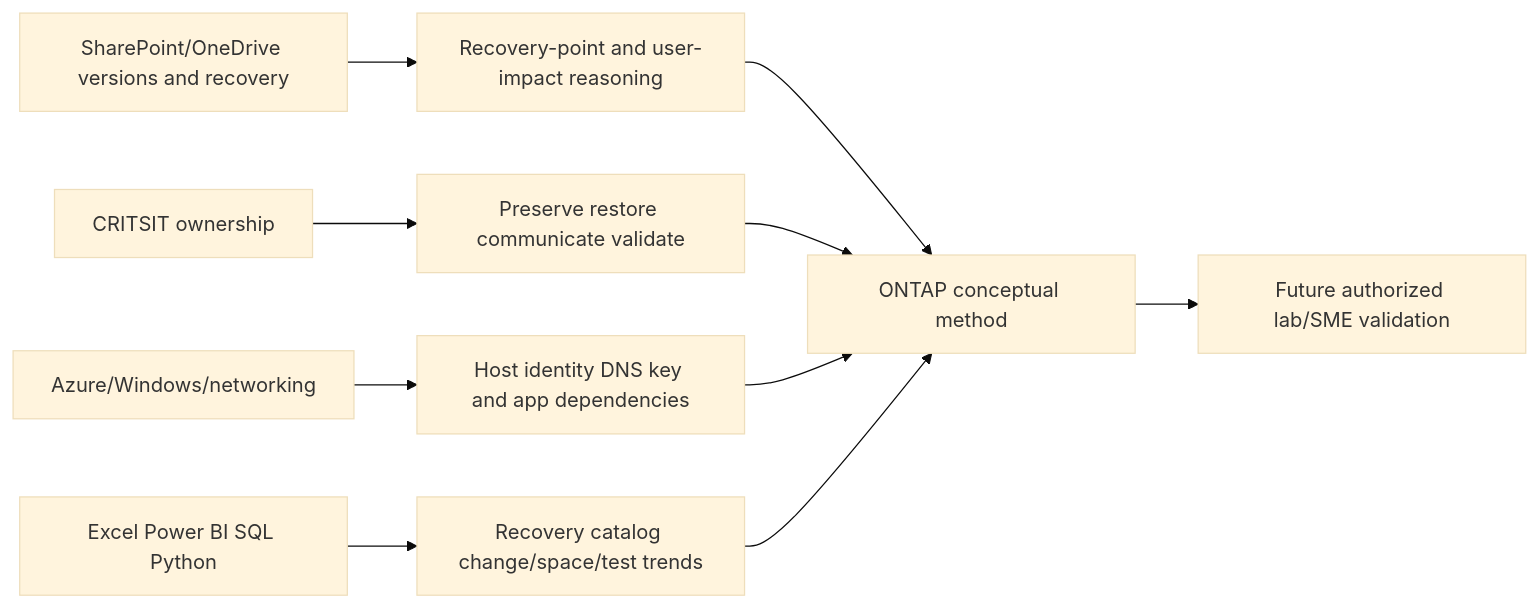
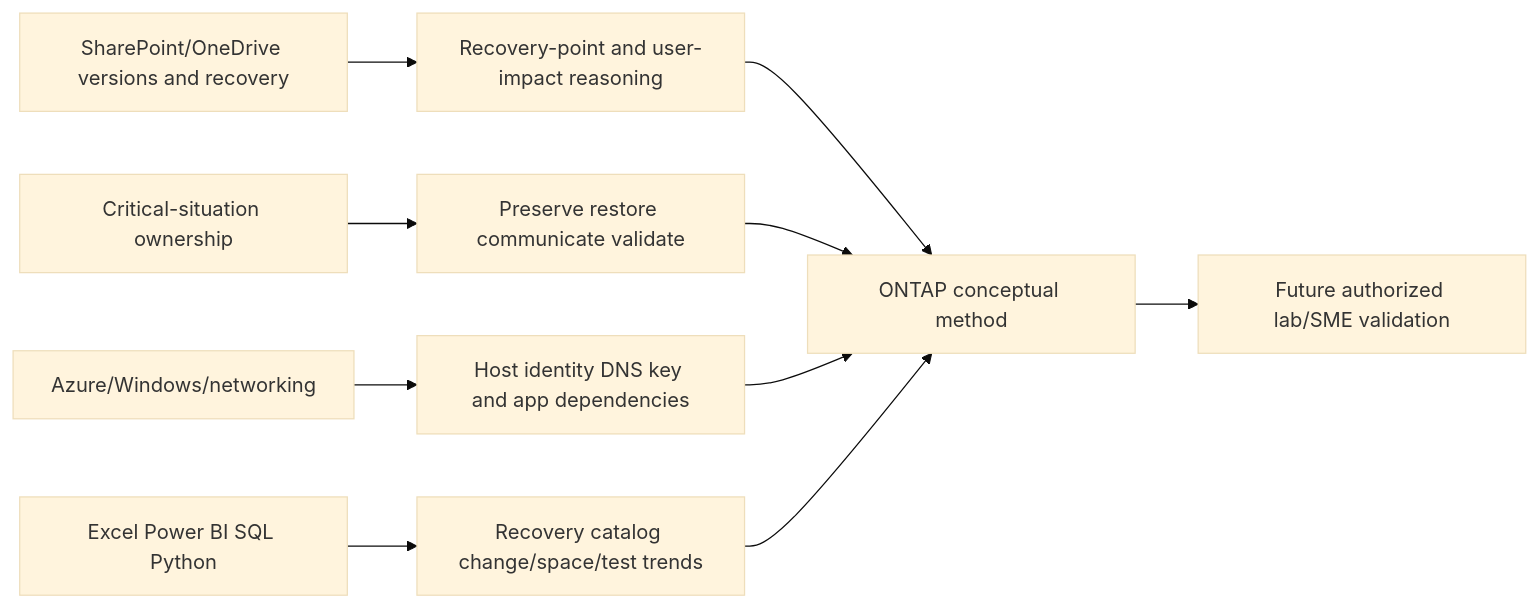
Before and after one commit to hichauhan-in/Interview-Prep: diagram 23 of 24 in NetApp TAM/prep/Part-35-snapshots-restores-clones.md, drawn with Mermaid (base theme). The commit also changed other lines of this file and 493 other files, not shown here.

````diff
--- a/NetApp TAM/prep/Part-35-snapshots-restores-clones.md
+++ b/NetApp TAM/prep/Part-35-snapshots-restores-clones.md
@@ -657,12 +657,12 @@
 ```mermaid
 flowchart LR
     M365[SharePoint/OneDrive versions and recovery] --> SCOPE[Recovery-point and user-impact reasoning]
-    CRIT[CRITSIT ownership] --> INC[Preserve restore communicate validate]
+    CRIT[Critical-situation ownership] --> INC[Preserve restore communicate validate]
     AZ[Azure/Windows/networking] --> DEP[Host identity DNS key and app dependencies]
     BI[Excel Power BI SQL Python] --> CAT[Recovery catalog change/space/test trends]
     SCOPE --> METHOD[ONTAP conceptual method]
     INC --> METHOD
     DEP --> METHOD
     CAT --> METHOD
     METHOD --> LAB[Future authorized lab/SME validation]
 ```
````
